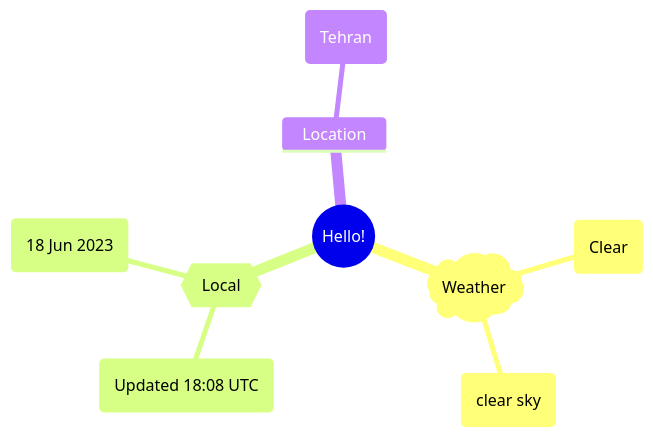
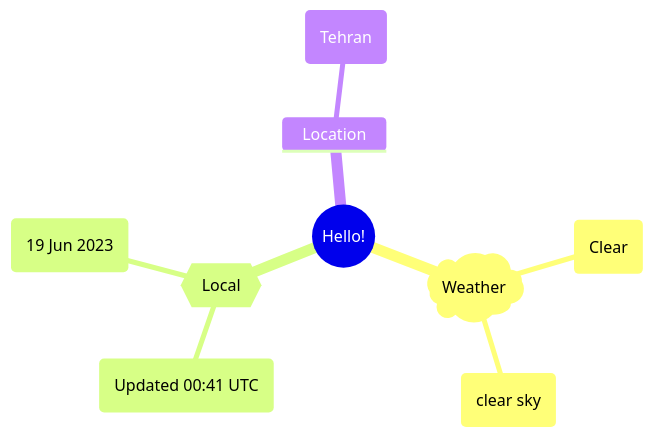
The first of 2 diagrams in README.md (Xosrov/Xosrov), drawn with Mermaid before and after one commit.

Commit message:
[bot] updated images

````diff
--- a/README.md
+++ b/README.md
@@ -3,12 +3,12 @@
 ```mermaid
 mindmap
   root((Hello!))
     )Weather(
         (Clear)
         (clear sky)
     {{Local}}
-        (Updated 18:08 UTC)
-        (18 Jun 2023)
+        (Updated 00:41 UTC)
+        (19 Jun 2023)
     Location
         (Tehran)
 ```
````
